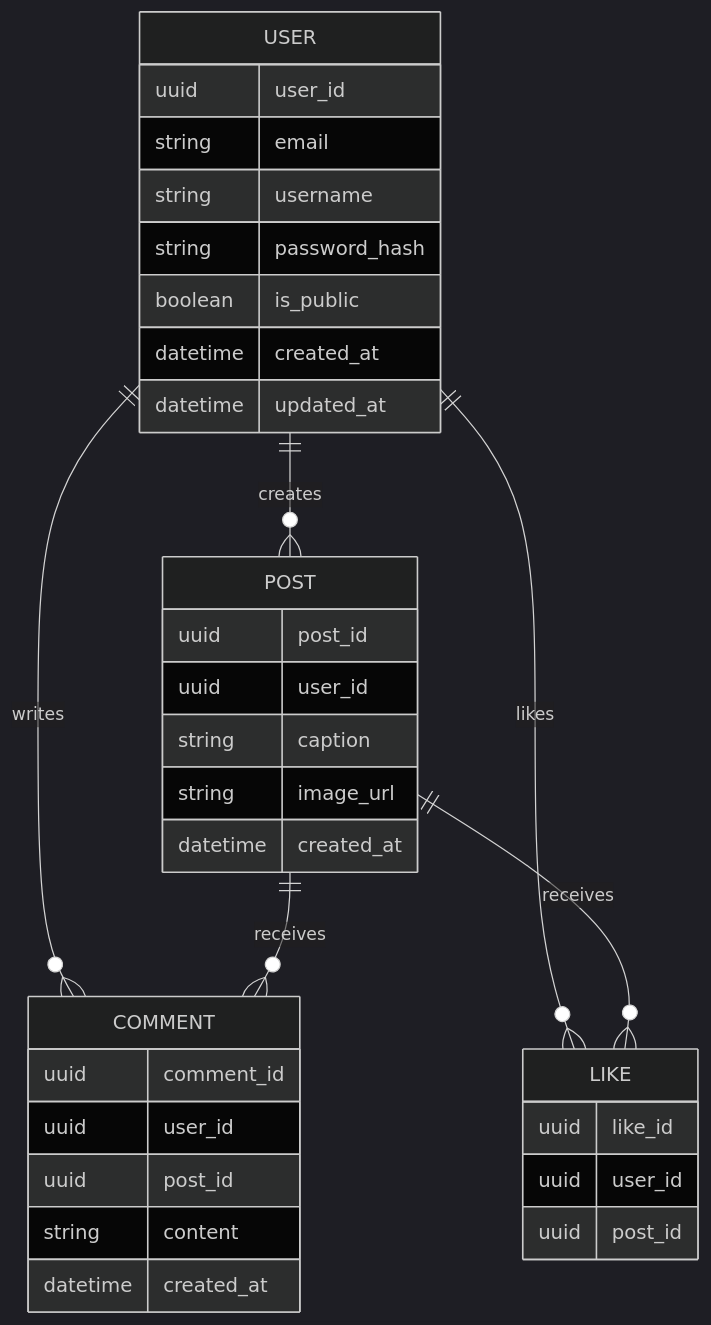
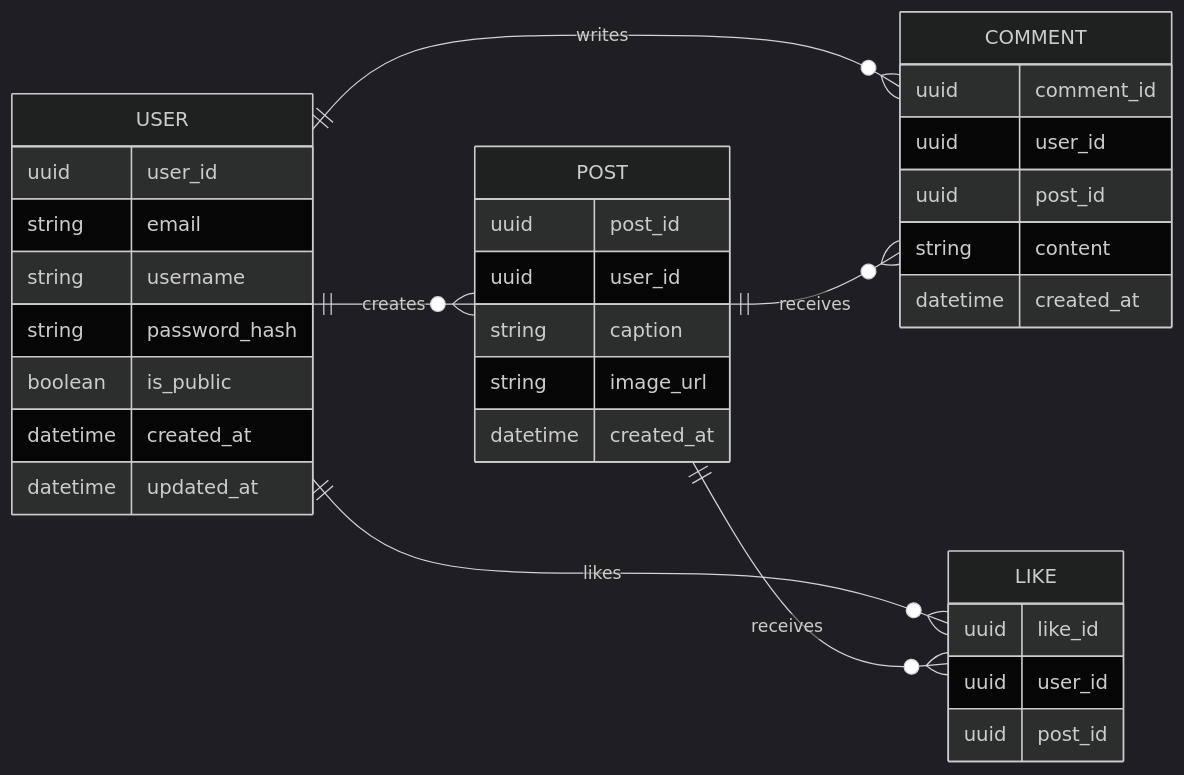
One commit to ethancyc0724/Simplified-Instagram-Backend changed the second of 2 diagrams in README.md. Above: the diagram before and after it, drawn with Mermaid (dark theme).

Commit message:
Fix formatting in README for ERD section

````diff
--- a/README.md
+++ b/README.md
@@ -82,40 +82,41 @@
 ```mermaid
 erDiagram
+    direction LR
     USER {
         uuid user_id
         string email
         string username
         string password_hash
         boolean is_public
         datetime created_at
         datetime updated_at
     }
 
     POST {
         uuid post_id
         uuid user_id
         string caption
         string image_url
         datetime created_at
     }
 
     COMMENT {
         uuid comment_id
         uuid user_id
         uuid post_id
         string content
         datetime created_at
     }
 
     LIKE {
         uuid like_id
         uuid user_id
         uuid post_id
     }
 
     USER ||--o{ POST : creates
     USER ||--o{ COMMENT : writes
     USER ||--o{ LIKE : likes
     POST ||--o{ COMMENT : receives
     POST ||--o{ LIKE : receives
 ```
````
